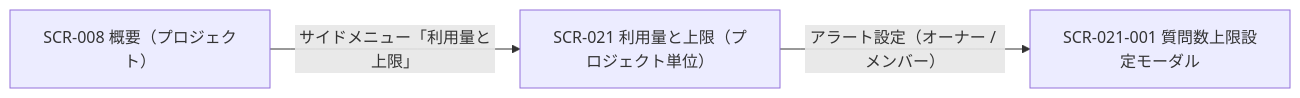
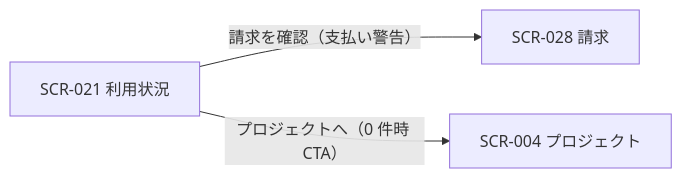
Before and after one commit to sikakou54/open-faq: the diagram in 02_basic_design/01_screens/SCR-021.md, drawn with Mermaid. The commit also changed other lines of this file and 617 other files, not shown here.

````diff
--- a/02_basic_design/01_screens/SCR-021.md
+++ b/02_basic_design/01_screens/SCR-021.md
@@ -36,8 +37,8 @@
 ```mermaid
 flowchart LR
-  S1["SCR-021 利用量と上限（プロジェクト単位）"]
-  S2["SCR-021-001 質問数上限設定モーダル"]
-  S0["SCR-008 概要（プロジェクト）"]
-  S0 -->|サイドメニュー「利用量と上限」| S1
-  S1 -->|アラート設定（オーナー / メンバー）| S2
+  S1["SCR-021 利用状況"]
+  S2["SCR-028 請求"]
+  S3["SCR-004 プロジェクト"]
+  S1 -->|請求を確認（支払い警告）| S2
+  S1 -->|プロジェクトへ（0 件時 CTA）| S3
 ```
````
